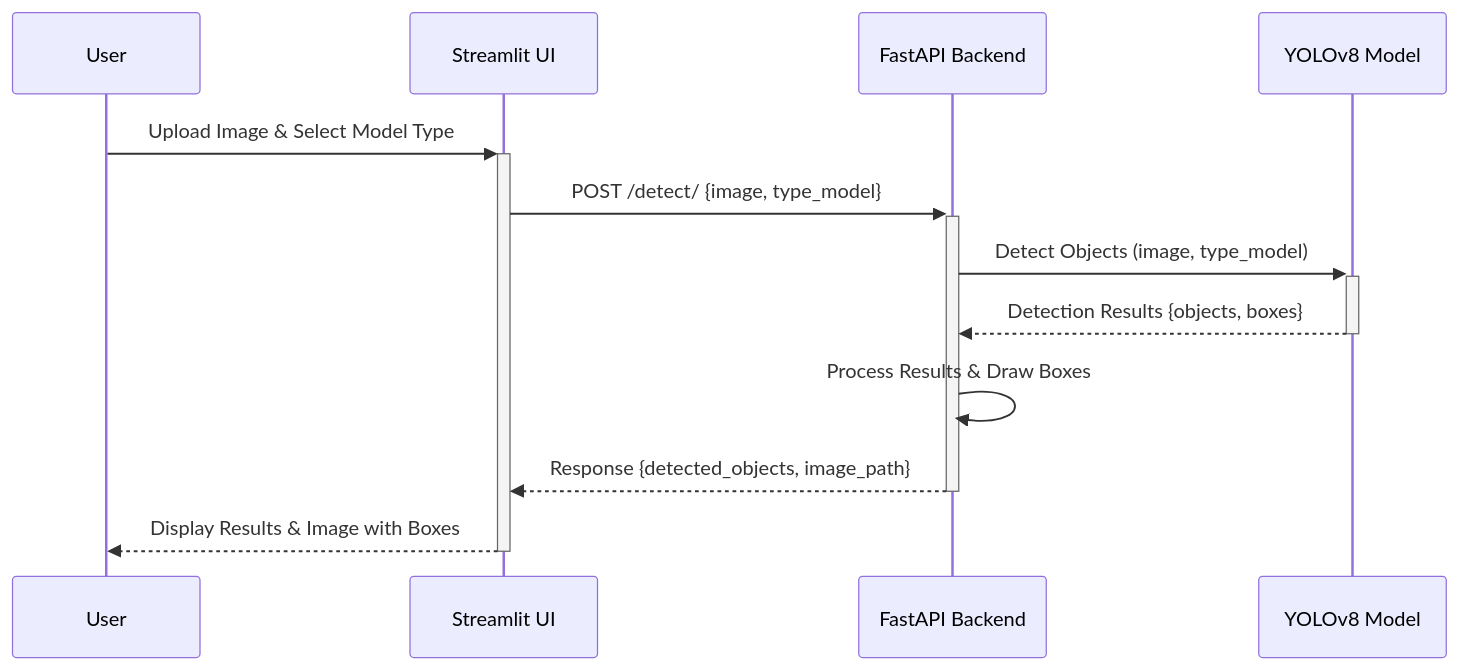
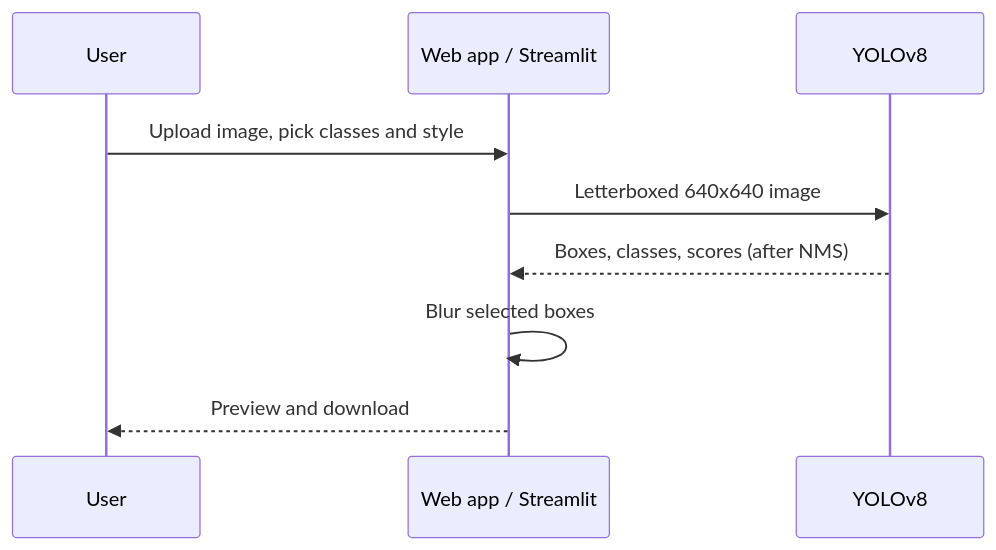
One commit to mvmser/BlurAnything changed the diagram in README.md. Above: the diagram before and after it, drawn with Mermaid. The commit also changed other lines of this file and 34 other files, not shown here.

First line of the commit message:
Finish BlurAnything: blur API, Streamlit UI, in-browser web app

````diff
--- a/README.md
+++ b/README.md
@@ -114,15 +122,11 @@
 ```mermaid
 sequenceDiagram
-    participant User as User
-    participant Streamlit as Streamlit UI
-    participant FastAPI as FastAPI Backend
-    participant YOLOv8 as YOLOv8 Model
-
-    User->>+Streamlit: Upload Image & Select Model Type
-    Streamlit->>+FastAPI: POST /detect/ {image, type_model}
-    FastAPI->>+YOLOv8: Detect Objects (image, type_model)
-    YOLOv8-->>-FastAPI: Detection Results {objects, boxes}
-    FastAPI->>FastAPI: Process Results & Draw Boxes
-    FastAPI-->>-Streamlit: Response {detected_objects, image_path}
-    Streamlit-->>-User: Display Results & Image with Boxes
+    participant User
+    participant UI as Web app / Streamlit
+    participant Model as YOLOv8
+    User->>UI: Upload image, pick classes and style
+    UI->>Model: Letterboxed 640x640 image
+    Model-->>UI: Boxes, classes, scores (after NMS)
+    UI->>UI: Blur selected boxes
+    UI-->>User: Preview and download
 ```
````
